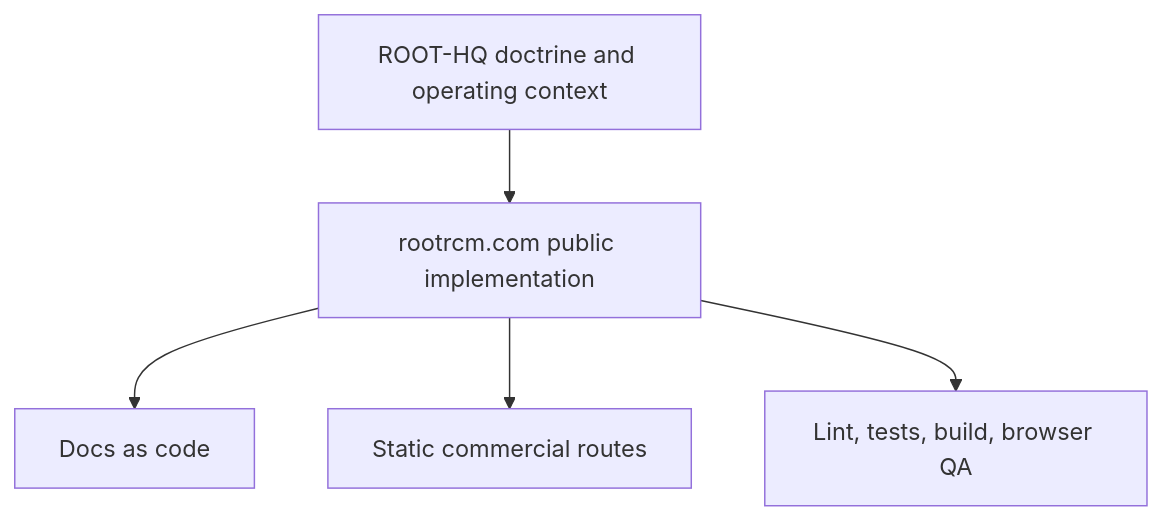
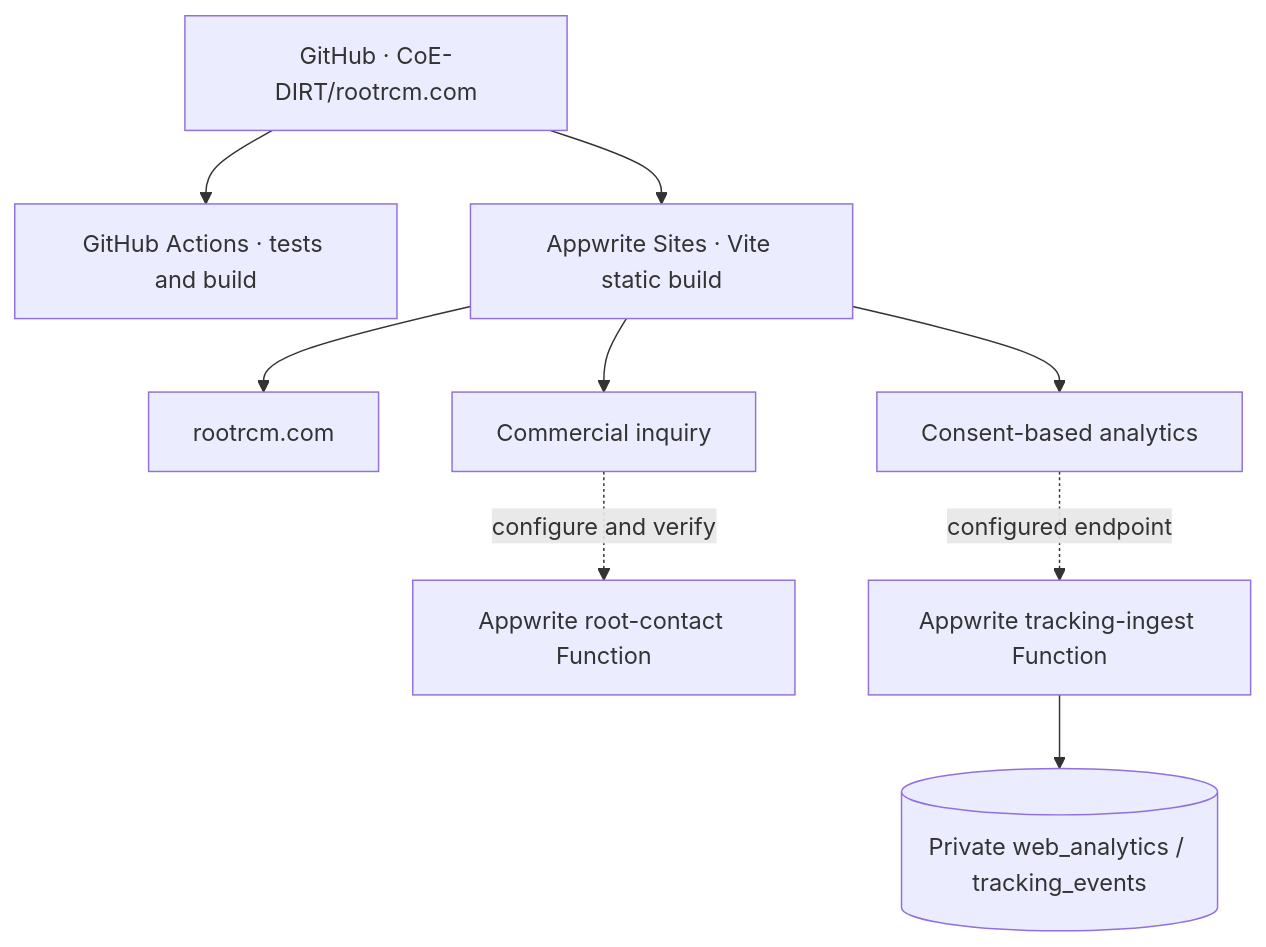
Before and after one commit to CoE-DIRT/rootrcm.com: the second of 2 diagrams in README.md, drawn with Mermaid. The commit also changed other lines of this file and 7 other files, not shown here.

````diff
--- a/README.md
+++ b/README.md
@@ -32,7 +64,11 @@
 ```mermaid
-flowchart TB
-  HQ[ROOT-HQ doctrine and operating context] --> Public[rootrcm.com public implementation]
-  Public --> Docs[Docs as code]
-  Public --> Routes[Static commercial routes]
-  Public --> QA[Lint, tests, build, browser QA]
+flowchart TD
+ GH[GitHub · CoE-DIRT/rootrcm.com] --> CI[GitHub Actions · tests and build]
+ GH --> AS[Appwrite Sites · Vite static build]
+ AS --> WWW[rootrcm.com]
+ AS --> Form[Commercial inquiry]
+ AS --> TRK[Consent-based analytics]
+ Form -. configure and verify .-> CT[Appwrite root-contact Function]
+ TRK -. configured endpoint .-> ING[Appwrite tracking-ingest Function]
+ ING --> DB[(Private web_analytics / tracking_events)]
 ```
````
